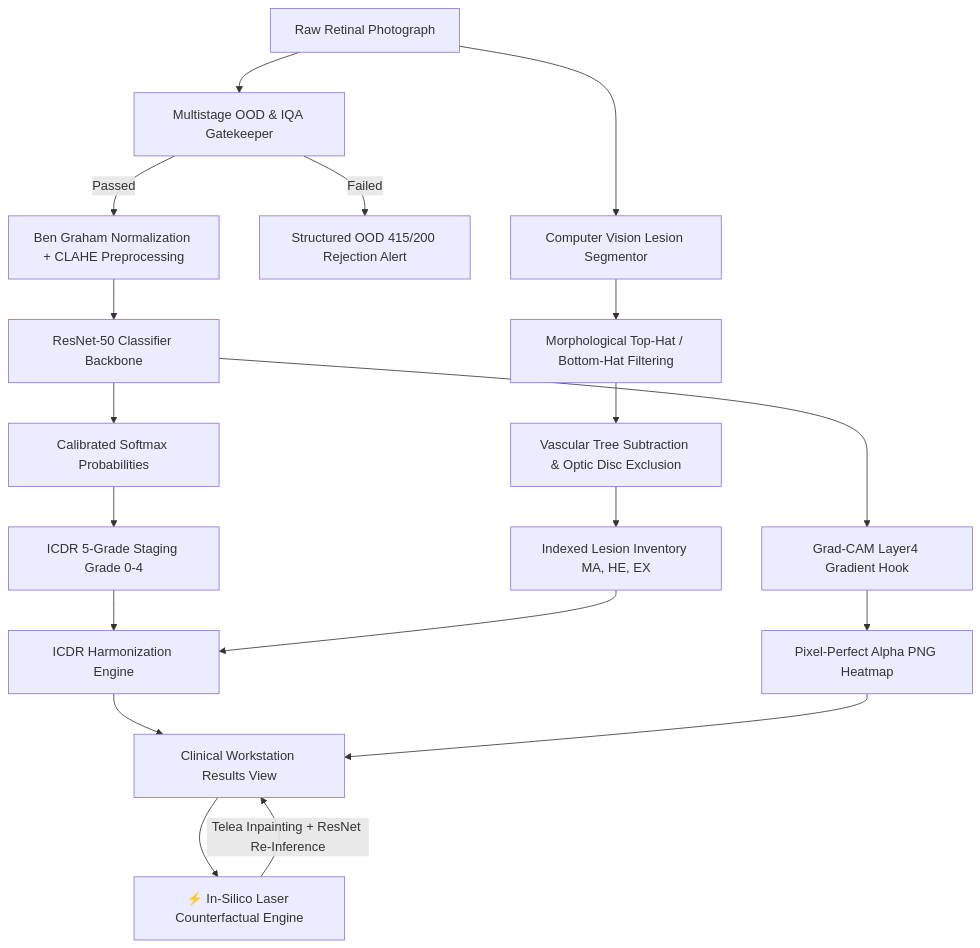
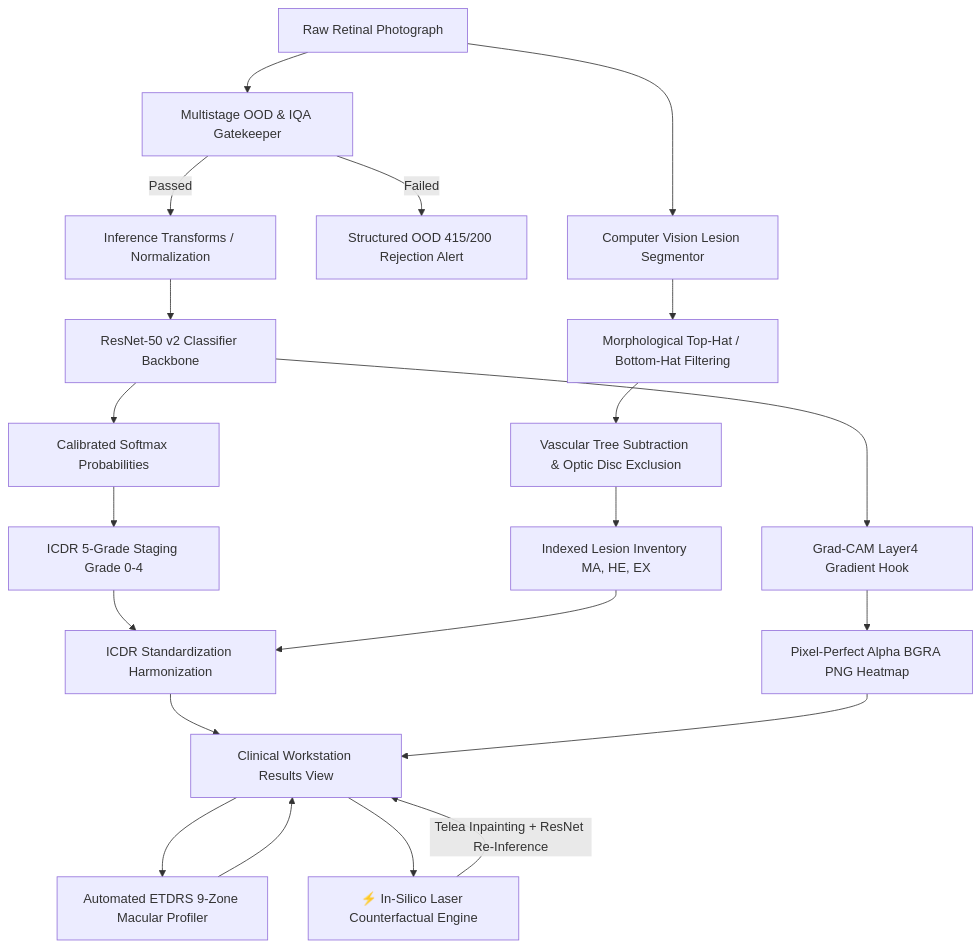
The diagram in README.md (Piyush-777999/MP-RetinascanXAI), drawn with Mermaid before and after one commit. The commit also changed other lines of this file and 18 other files, not shown here.

````diff
--- a/README.md
+++ b/README.md
@@ -179,26 +181,29 @@
 ```mermaid
 flowchart TD
     A[Raw Retinal Photograph] --> B[Multistage OOD & IQA Gatekeeper]
-    B -->|Passed| C[Ben Graham Normalization + CLAHE Preprocessing]
+    B -->|Passed| C[Inference Transforms / Normalization]
     B -->|Failed| X[Structured OOD 415/200 Rejection Alert]
     
-    C --> D[ResNet-50 Classifier Backbone]
+    C --> D[ResNet-50 v2 Classifier Backbone]
     D --> E[Calibrated Softmax Probabilities]
     E --> F[ICDR 5-Grade Staging Grade 0-4]
     
     D --> G[Grad-CAM Layer4 Gradient Hook]
-    G --> H[Pixel-Perfect Alpha PNG Heatmap]
+    G --> H[Pixel-Perfect Alpha BGRA PNG Heatmap]
     
     A --> I[Computer Vision Lesion Segmentor]
     I --> J[Morphological Top-Hat / Bottom-Hat Filtering]
     J --> K[Vascular Tree Subtraction & Optic Disc Exclusion]
     K --> L[Indexed Lesion Inventory MA, HE, EX]
     
-    F --> M[ICDR Harmonization Engine]
+    F --> M[ICDR Standardization Harmonization]
     L --> M
     M --> N[Clinical Workstation Results View]
     H --> N
     
+    N --> P[Automated ETDRS 9-Zone Macular Profiler]
+    P --> N
+    
     N --> O[⚡ In-Silico Laser Counterfactual Engine]
     O -->|Telea Inpainting + ResNet Re-Inference| N
 ```
````
